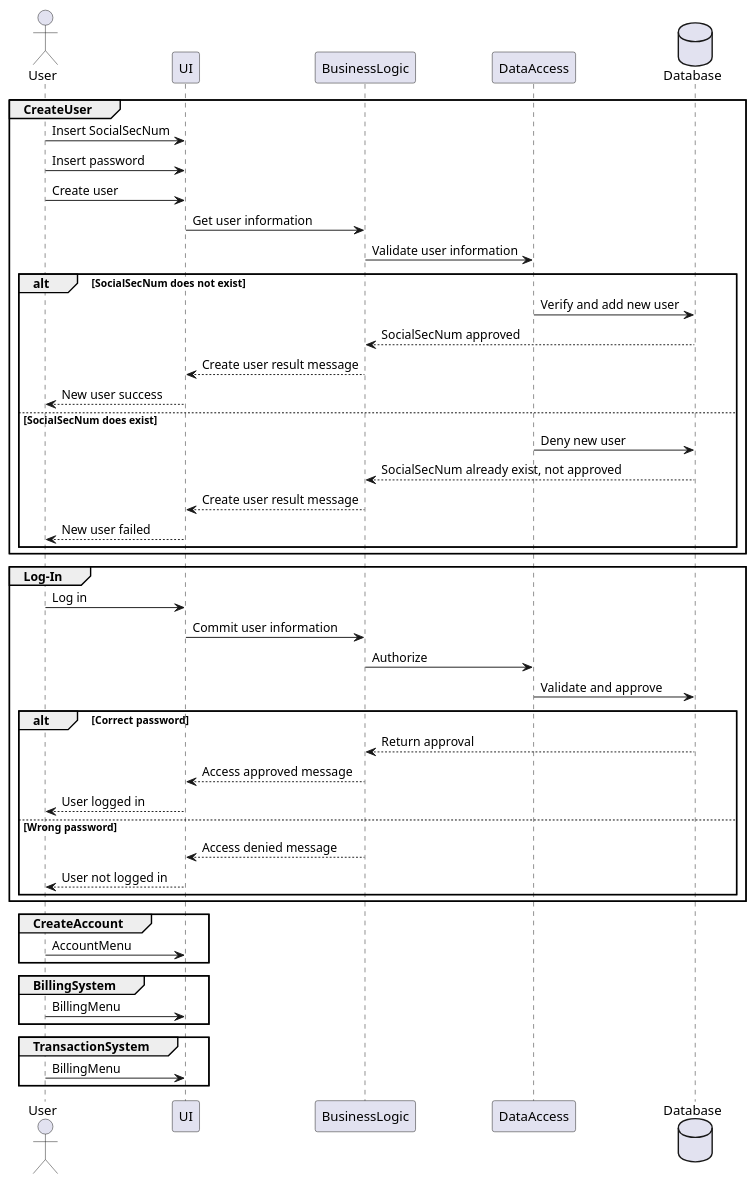
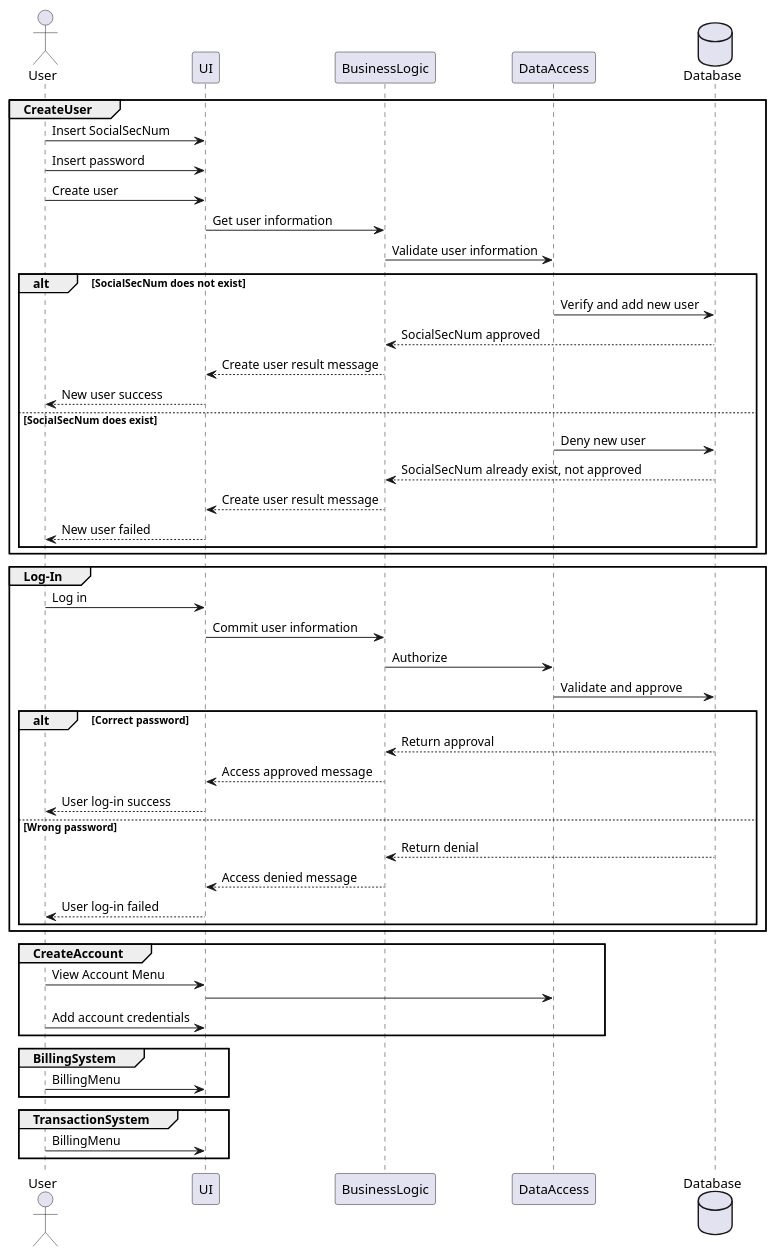
The diagram in PG3302Eksamen/assets/Sequence.puml (runejac/PG3302Eksamen), drawn with PlantUML before and after one commit.

Commit message:
Updated SeqDiagram

```diff
--- a/PG3302Eksamen/assets/Sequence.puml
+++ b/PG3302Eksamen/assets/Sequence.puml
@@ -1,58 +1,61 @@
 @startuml
 
 actor User 
 participant UI
 participant BusinessLogic
 participant DataAccess
 database Database
 
 group CreateUser
 User -> UI : Insert SocialSecNum
 User -> UI : Insert password
 User -> UI : Create user
 UI -> BusinessLogic : Get user information
 BusinessLogic -> DataAccess : Validate user information
 
 
 alt SocialSecNum does not exist
 DataAccess -> Database : Verify and add new user 
 BusinessLogic <-- Database : SocialSecNum approved
 UI <-- BusinessLogic : Create user result message
 User <-- UI : New user success
 else SocialSecNum does exist
 DataAccess -> Database : Deny new user
 BusinessLogic <-- Database  : SocialSecNum already exist, not approved
 UI <-- BusinessLogic : Create user result message
 User <-- UI : New user failed
 end
 end
 
 group Log-In
 User -> UI : Log in
 UI -> BusinessLogic : Commit user information
 BusinessLogic -> DataAccess : Authorize
 DataAccess -> Database : Validate and approve
 alt Correct password
-BusinessLogic<-- Database : Return approval
+BusinessLogic <-- Database : Return approval
 
 UI <-- BusinessLogic : Access approved message
-User <-- UI : User logged in
+User <-- UI : User log-in success
 else Wrong password
+BusinessLogic <-- Database : Return denial
 UI <-- BusinessLogic : Access denied message
-User <-- UI : User not logged in
+User <-- UI : User log-in failed
 end
 end
 
 group CreateAccount
-User -> UI : AccountMenu
+User -> UI : View Account Menu 
+UI -> DataAccess : 
+User -> UI : Add account credentials
 end
 
 group BillingSystem
 User -> UI : BillingMenu
 end
 
 group TransactionSystem
 User -> UI : BillingMenu
 end
 
 @enduml
```
